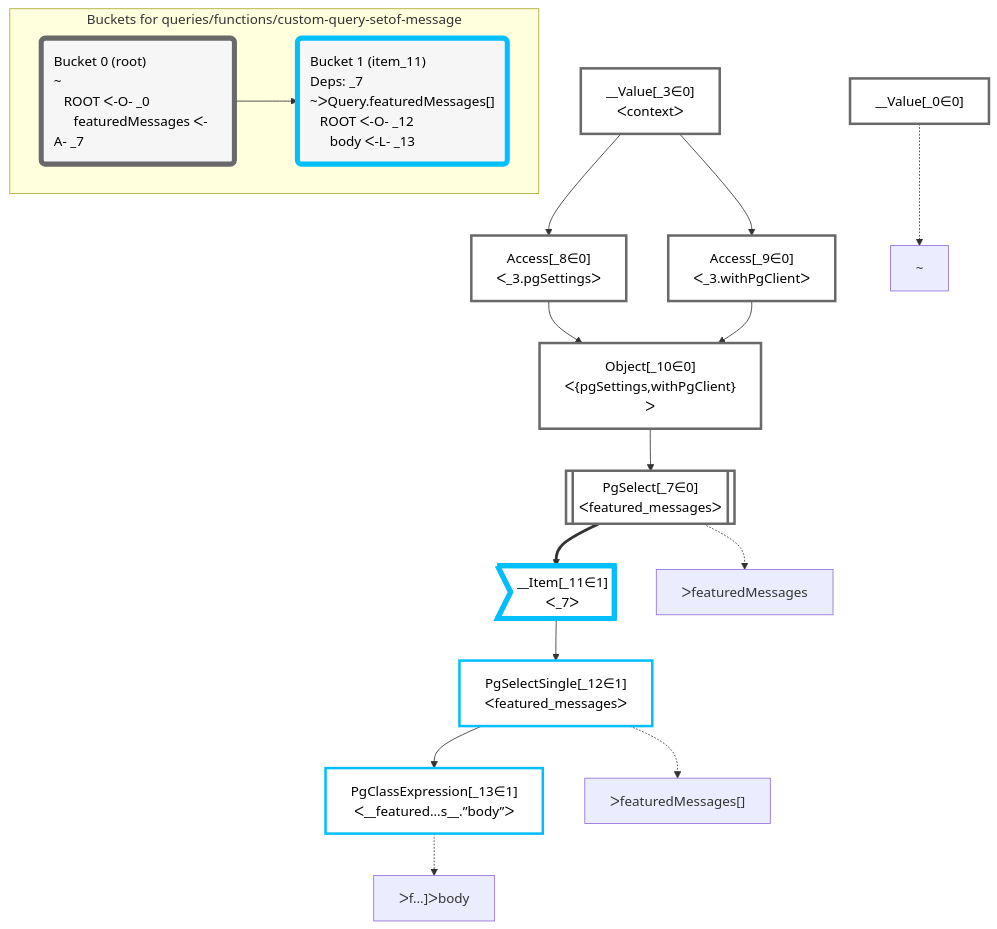
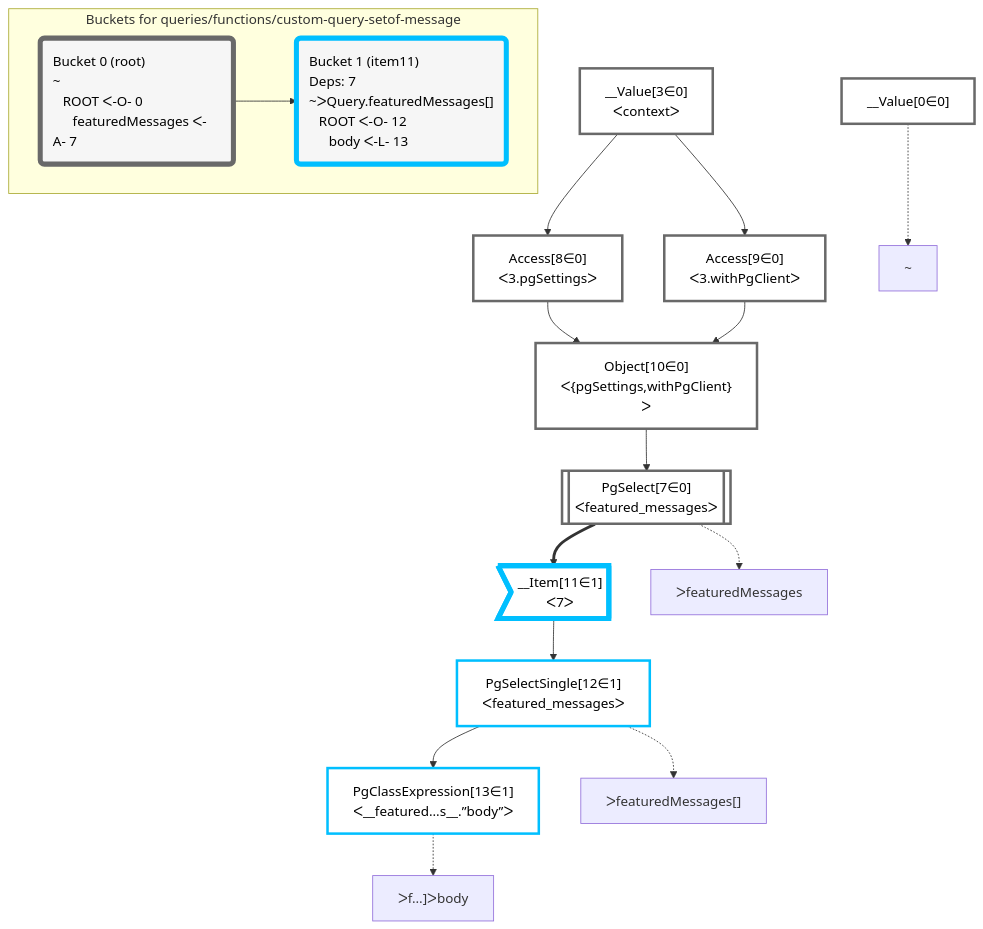
Before and after one commit to graphile/crystal: the diagram in packages/dataplan-pg/__tests__/queries/functions/custom-query-setof-message.deopt.mermaid.md, drawn with Mermaid. The commit also changed 195 other files, not shown here.

````diff
--- a/packages/dataplan-pg/__tests__/queries/functions/custom-query-setof-message.deopt.mermaid.md
+++ b/packages/dataplan-pg/__tests__/queries/functions/custom-query-setof-message.deopt.mermaid.md
@@ -1,49 +1,49 @@
 ```mermaid
 graph TD
     classDef path fill:#eee,stroke:#000,color:#000
     classDef plan fill:#fff,stroke-width:3px,color:#000
     classDef itemplan fill:#fff,stroke-width:6px,color:#000
     classDef sideeffectplan fill:#f00,stroke-width:6px,color:#000
     classDef bucket fill:#f6f6f6,color:#000,stroke-width:6px,text-align:left
 
 
     %% define plans
-    __Value_0["__Value[_0∈0]"]:::plan
-    PgClassExpression_13["PgClassExpression[_13∈1]<br />ᐸ__featured...s__.”body”ᐳ"]:::plan
-    PgSelectSingle_12["PgSelectSingle[_12∈1]<br />ᐸfeatured_messagesᐳ"]:::plan
-    __Item_11>"__Item[_11∈1]<br />ᐸ_7ᐳ"]:::itemplan
-    PgSelect_7[["PgSelect[_7∈0]<br />ᐸfeatured_messagesᐳ"]]:::plan
-    Object_10["Object[_10∈0]<br />ᐸ{pgSettings,withPgClient}ᐳ"]:::plan
-    Access_8["Access[_8∈0]<br />ᐸ_3.pgSettingsᐳ"]:::plan
-    Access_9["Access[_9∈0]<br />ᐸ_3.withPgClientᐳ"]:::plan
-    __Value_3["__Value[_3∈0]<br />ᐸcontextᐳ"]:::plan
+    __Value0["__Value[0∈0]"]:::plan
+    PgClassExpression13["PgClassExpression[13∈1]<br />ᐸ__featured...s__.”body”ᐳ"]:::plan
+    PgSelectSingle12["PgSelectSingle[12∈1]<br />ᐸfeatured_messagesᐳ"]:::plan
+    __Item11>"__Item[11∈1]<br />ᐸ7ᐳ"]:::itemplan
+    PgSelect7[["PgSelect[7∈0]<br />ᐸfeatured_messagesᐳ"]]:::plan
+    Object10["Object[10∈0]<br />ᐸ{pgSettings,withPgClient}ᐳ"]:::plan
+    Access8["Access[8∈0]<br />ᐸ3.pgSettingsᐳ"]:::plan
+    Access9["Access[9∈0]<br />ᐸ3.withPgClientᐳ"]:::plan
+    __Value3["__Value[3∈0]<br />ᐸcontextᐳ"]:::plan
 
     %% plan dependencies
-    PgSelectSingle_12 --> PgClassExpression_13
-    __Item_11 --> PgSelectSingle_12
-    PgSelect_7 ==> __Item_11
-    Object_10 --> PgSelect_7
-    Access_8 & Access_9 --> Object_10
-    __Value_3 --> Access_8
-    __Value_3 --> Access_9
+    PgSelectSingle12 --> PgClassExpression13
+    __Item11 --> PgSelectSingle12
+    PgSelect7 ==> __Item11
+    Object10 --> PgSelect7
+    Access8 & Access9 --> Object10
+    __Value3 --> Access8
+    __Value3 --> Access9
 
     %% plan-to-path relationships
-    P_0["~"]
-    __Value_0 -.-> P_0
-    P_7["ᐳfeaturedMessages"]
-    PgSelect_7 -.-> P_7
-    P_12["ᐳfeaturedMessages[]"]
-    PgSelectSingle_12 -.-> P_12
-    P_13["ᐳf…]ᐳbody"]
-    PgClassExpression_13 -.-> P_13
+    P0["~"]
+    __Value0 -.-> P0
+    P7["ᐳfeaturedMessages"]
+    PgSelect7 -.-> P7
+    P12["ᐳfeaturedMessages[]"]
+    PgSelectSingle12 -.-> P12
+    P13["ᐳf…]ᐳbody"]
+    PgClassExpression13 -.-> P13
 
     subgraph "Buckets for queries/functions/custom-query-setof-message"
-    Bucket0("Bucket 0 (root)<br />~<br />⠀ROOT ᐸ-O- _0<br />⠀⠀featuredMessages ᐸ-A- _7"):::bucket
+    Bucket0("Bucket 0 (root)<br />~<br />⠀ROOT ᐸ-O- 0<br />⠀⠀featuredMessages ᐸ-A- 7"):::bucket
     classDef bucket0 stroke:#696969
-    class Bucket0,__Value_0,__Value_3,PgSelect_7,Access_8,Access_9,Object_10 bucket0
-    Bucket1("Bucket 1 (item_11)<br />Deps: _7<br />~ᐳQuery.featuredMessages[]<br />⠀ROOT ᐸ-O- _12<br />⠀⠀body ᐸ-L- _13"):::bucket
+    class Bucket0,__Value0,__Value3,PgSelect7,Access8,Access9,Object10 bucket0
+    Bucket1("Bucket 1 (item11)<br />Deps: 7<br />~ᐳQuery.featuredMessages[]<br />⠀ROOT ᐸ-O- 12<br />⠀⠀body ᐸ-L- 13"):::bucket
     classDef bucket1 stroke:#00bfff
-    class Bucket1,__Item_11,PgSelectSingle_12,PgClassExpression_13 bucket1
+    class Bucket1,__Item11,PgSelectSingle12,PgClassExpression13 bucket1
     Bucket0 --> Bucket1
     end
 ```
````
